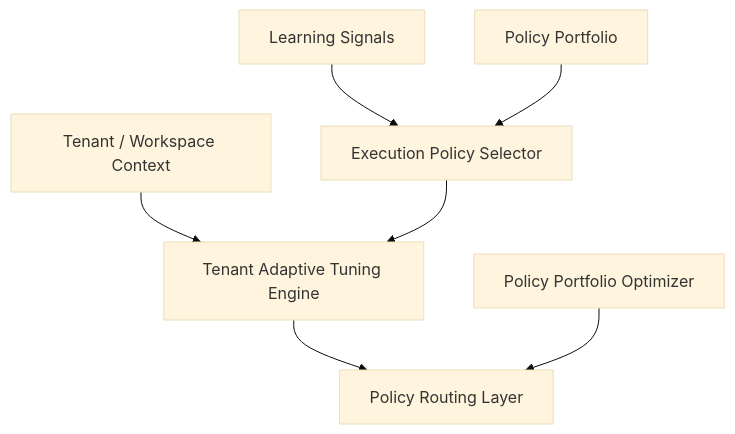
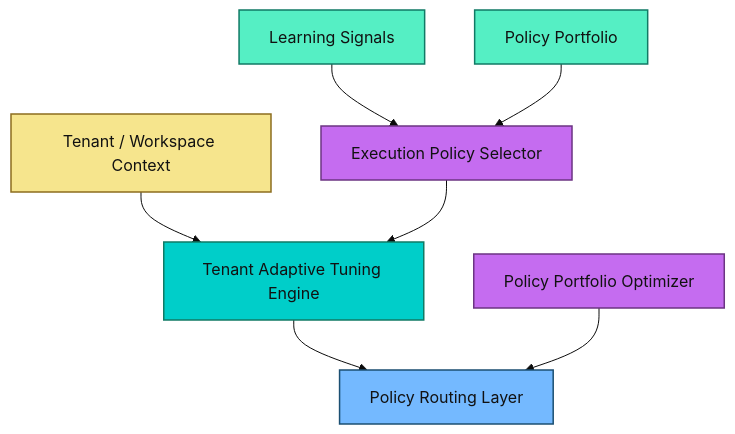
One commit to zansued/axionos changed the sixth of 10 diagrams in docs/ARCHITECTURE.md. Above: the diagram before and after it, drawn with Mermaid (base theme).

Commit message:
Preceding changes

````diff
--- a/docs/ARCHITECTURE.md
+++ b/docs/ARCHITECTURE.md
@@ -274,15 +274,21 @@
 ```mermaid
 flowchart TB
-    Selector["Execution Policy Selector"]
-    Portfolio["Policy Portfolio Optimizer"]
-    Tenant["Tenant Adaptive Tuning Engine"]
-    Routing["Policy Routing Layer"]
+    Selector["Execution Policy Selector"]:::governance
+    Portfolio["Policy Portfolio Optimizer"]:::governance
+    Tenant["Tenant Adaptive Tuning Engine"]:::intelligence
+    Routing["Policy Routing Layer"]:::core
 
-    Signals["Learning Signals"] --> Selector
-    Policies["Policy Portfolio"] --> Selector
-    TenantCtx["Tenant / Workspace Context"] --> Tenant
+    Signals["Learning Signals"]:::data --> Selector
+    Policies["Policy Portfolio"]:::data --> Selector
+    TenantCtx["Tenant / Workspace Context"]:::human --> Tenant
 
     Selector --> Tenant
     Tenant --> Routing
     Portfolio --> Routing
+
+    classDef human fill:#F6E58D,stroke:#8C6D1F,color:#111,stroke-width:1.5px;
+    classDef core fill:#74B9FF,stroke:#1B4F72,color:#111,stroke-width:1.5px;
+    classDef governance fill:#C56CF0,stroke:#6C3483,color:#111,stroke-width:1.5px;
+    classDef intelligence fill:#00CEC9,stroke:#117A65,color:#111,stroke-width:1.5px;
+    classDef data fill:#55EFC4,stroke:#117A65,color:#111,stroke-width:1.5px;
 ```
````
